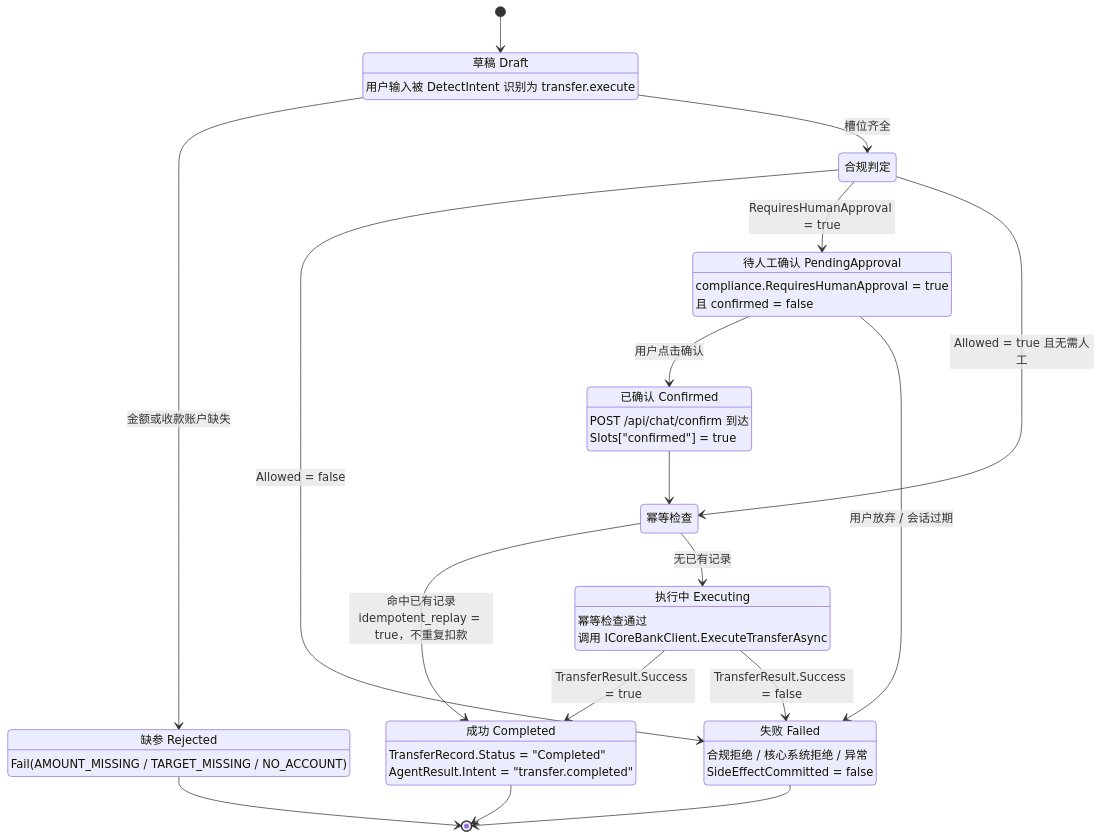
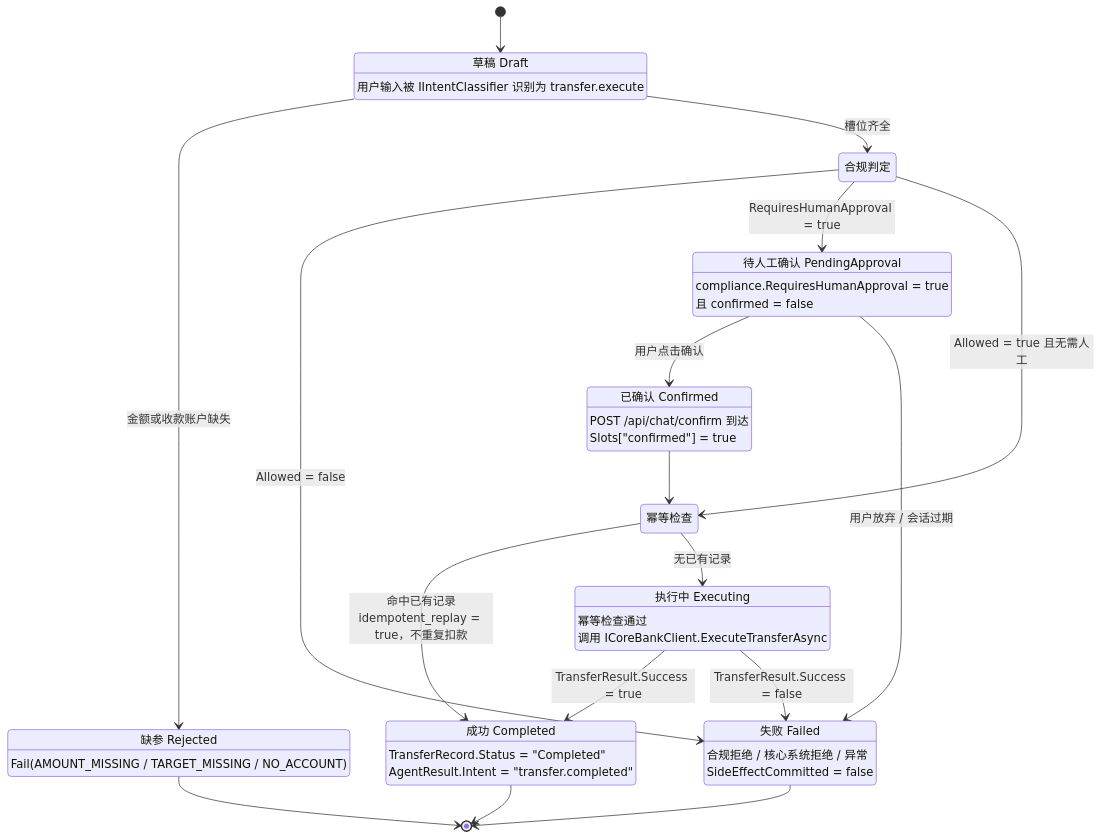
One commit to seevwis43825/ATM changed diagram 11 of 12 in docs/09-uml/01-uml-diagrams.md. Above: the diagram before and after it, drawn with Mermaid. The commit also changed other lines of this file and 10 other files, not shown here.

````diff
--- a/docs/09-uml/01-uml-diagrams.md
+++ b/docs/09-uml/01-uml-diagrams.md
@@ -1423,39 +1448,39 @@
 ```mermaid
 stateDiagram-v2
     direction TB
     [*] --> 草稿
 
     草稿: 草稿 Draft
-    草稿: 用户输入被 DetectIntent 识别为 transfer.execute
+    草稿: 用户输入被 IIntentClassifier 识别为 transfer.execute
     待确认: 待人工确认 PendingApproval
     待确认: compliance.RequiresHumanApproval = true<br/>且 confirmed = false
     已确认: 已确认 Confirmed
     已确认: POST /api/chat/confirm 到达<br/>Slots["confirmed"] = true
     执行中: 执行中 Executing
     执行中: 幂等检查通过<br/>调用 ICoreBankClient.ExecuteTransferAsync
     成功: 成功 Completed
     成功: TransferRecord.Status = "Completed"<br/>AgentResult.Intent = "transfer.completed"
     失败: 失败 Failed
     失败: 合规拒绝 / 核心系统拒绝 / 异常<br/>SideEffectCommitted = false
 
     草稿 --> 缺参 : 金额或收款账户缺失
     草稿 --> 合规判定 : 槽位齐全
     缺参: 缺参 Rejected
     缺参: Fail(AMOUNT_MISSING / TARGET_MISSING / NO_ACCOUNT)
 
     合规判定 --> 失败 : Allowed = false
     合规判定 --> 待确认 : RequiresHumanApproval = true
     合规判定 --> 幂等检查 : Allowed = true 且无需人工
 
     待确认 --> 已确认 : 用户点击确认
     待确认 --> 失败 : 用户放弃 / 会话过期
     已确认 --> 幂等检查
     幂等检查 --> 成功 : 命中已有记录<br/>idempotent_replay = true，不重复扣款
     幂等检查 --> 执行中 : 无已有记录
     执行中 --> 成功 : TransferResult.Success = true
     执行中 --> 失败 : TransferResult.Success = false
 
     成功 --> [*]
     失败 --> [*]
     缺参 --> [*]
 ```
````
